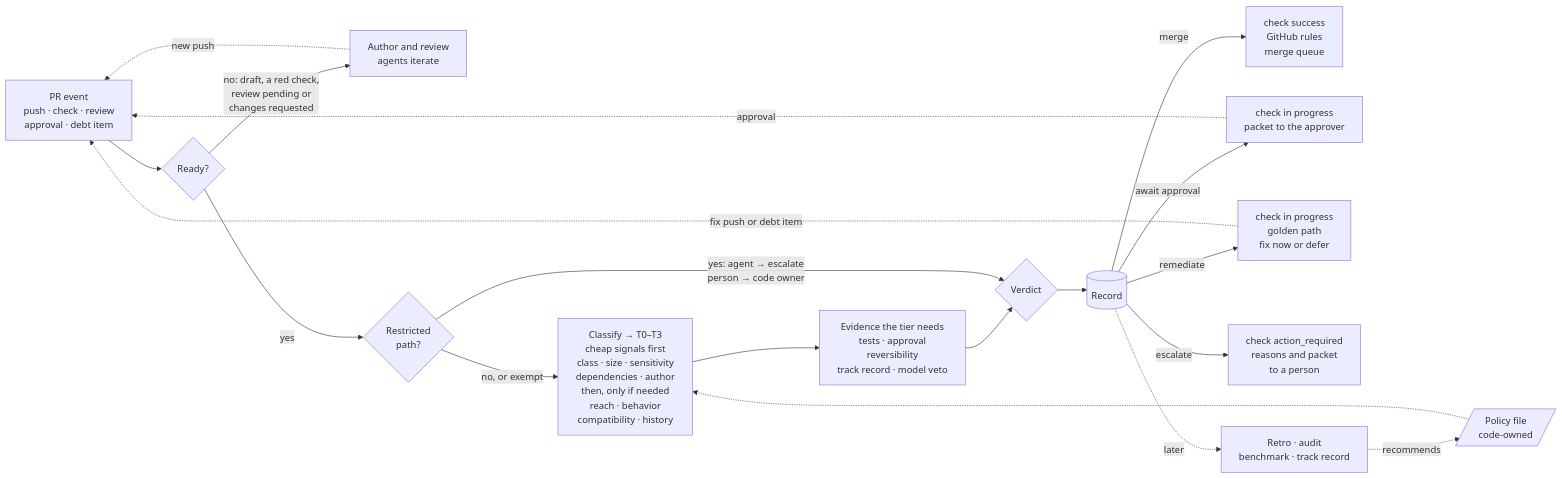
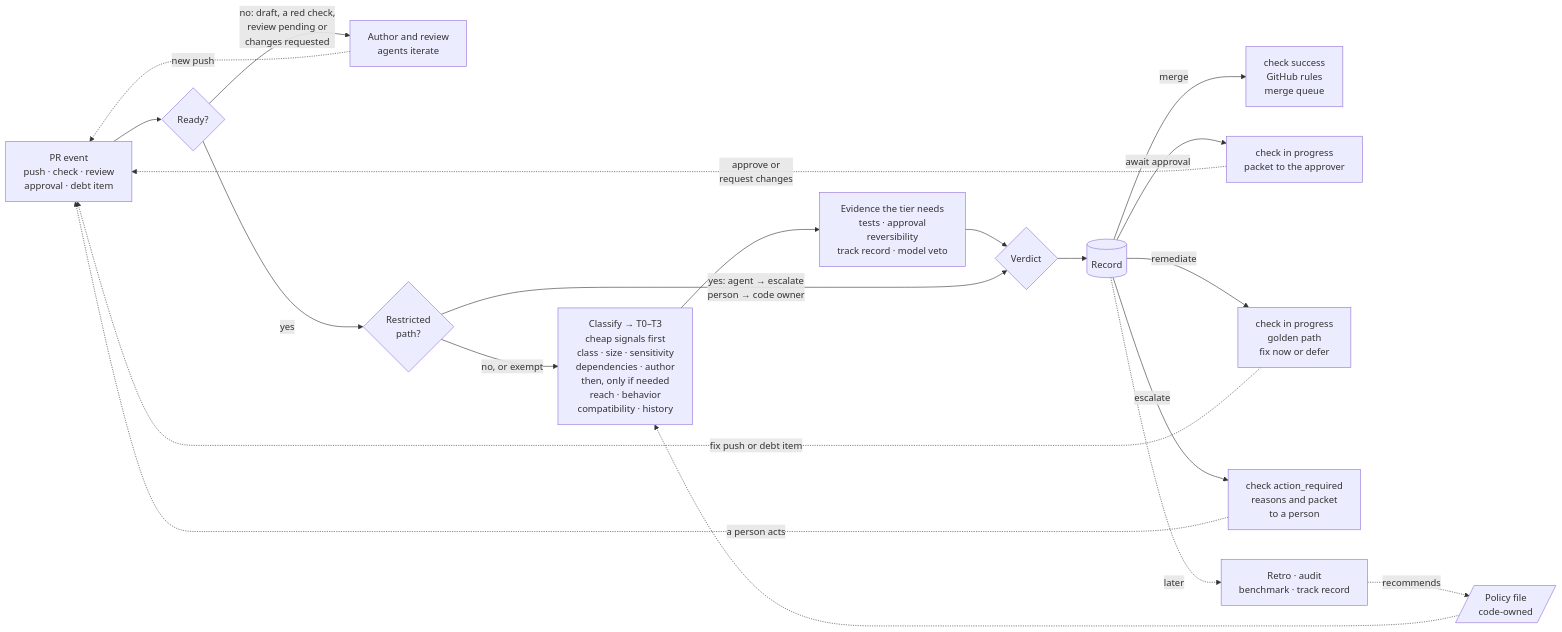
One commit to guyoron1/fullsend changed the first of 2 diagrams in docs/proposals/aisdlc-97-architecture-proposal.md. Above: the diagram before and after it, drawn with Mermaid. The commit also changed other lines of this file, not shown here.

````diff
--- a/docs/proposals/aisdlc-97-architecture-proposal.md
+++ b/docs/proposals/aisdlc-97-architecture-proposal.md
@@ -37,21 +37,22 @@
 ```mermaid
 flowchart LR
   EV[PR event<br/>push · check · review<br/>approval · debt item] --> RDY{Ready?}
   RDY -- no: draft, a red check,<br/>review pending or<br/>changes requested --> LOOP[Author and review<br/>agents iterate]
   LOOP -. new push .-> EV
   RDY -- yes --> RP{Restricted<br/>path?}
   RP -- no, or exempt --> CLS["Classify → T0–T3<br/>cheap signals first<br/>class · size · sensitivity<br/>dependencies · author<br/>then, only if needed<br/>reach · behavior<br/>compatibility · history"]
   CLS --> EVD["Evidence the tier needs<br/>tests · approval<br/>reversibility<br/>track record · model veto"]
   EVD --> VER{Verdict}
   RP -- yes: agent → escalate<br/>person → code owner --> VER
   VER --> REC[(Record)]
   REC -- merge --> MRG["check success<br/>GitHub rules<br/>merge queue"]
   REC -- await approval --> PKT["check in progress<br/>packet to the approver"]
   REC -- remediate --> GP["check in progress<br/>golden path<br/>fix now or defer"]
   REC -- escalate --> ESC["check action_required<br/>reasons and packet<br/>to a person"]
-  PKT -. approval .-> EV
+  ESC -. a person acts .-> EV
+  PKT -. approve or<br/>request changes .-> EV
   GP -. fix push or debt item .-> EV
   REC -. later .-> POST[Retro · audit<br/>benchmark · track record]
   POST -. recommends .-> POL[/Policy file<br/>code-owned/]
   POL -.-> CLS
 ```
````
